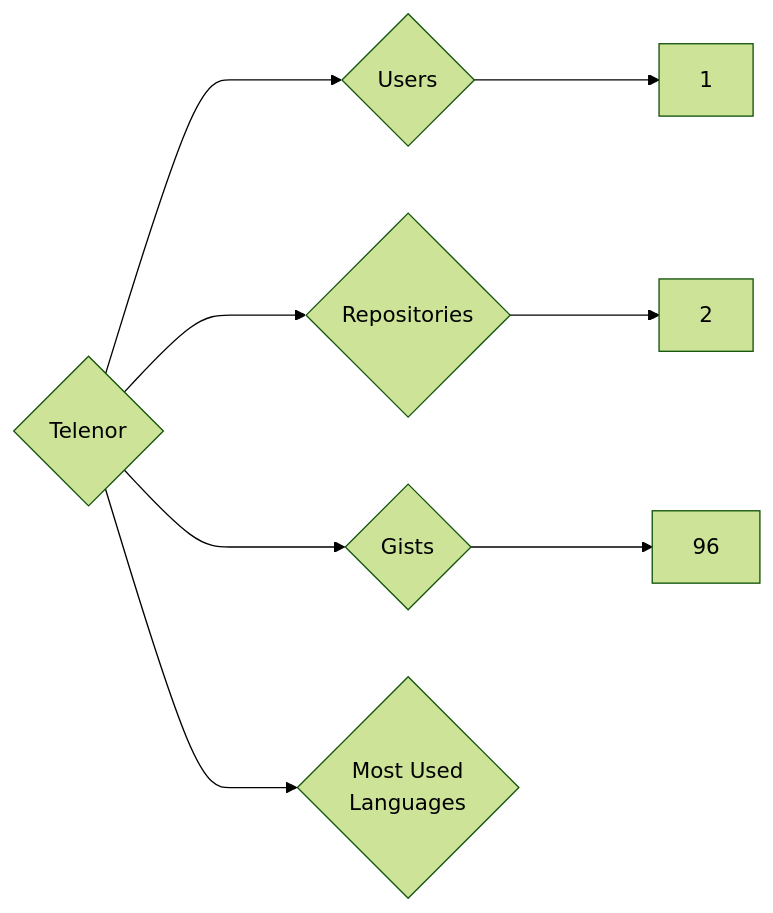
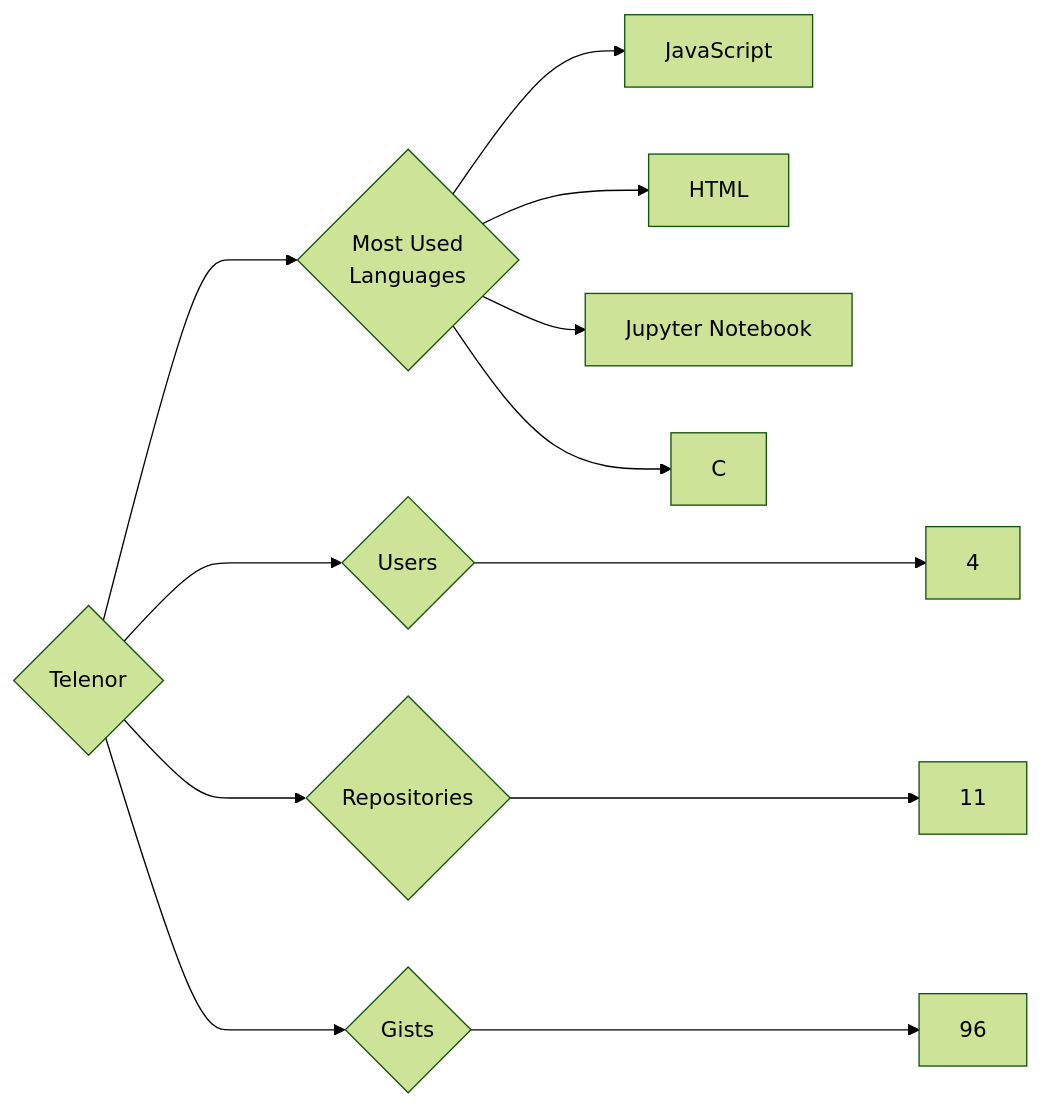
One commit to trickest/insiders changed the diagram in targets/Telenor/README.md. Above: the diagram before and after it, drawn with Mermaid (forest theme). The commit also changed 938 other files, not shown here.

````diff
--- a/targets/Telenor/README.md
+++ b/targets/Telenor/README.md
@@ -3,8 +3,12 @@
 ```mermaid
 graph LR
 COMPANY_NAME{Telenor}
-COMPANY_NAME ---> U{Users} ---> UN[1]
-COMPANY_NAME ---> R{Repositories} ---> RN[2]
+COMPANY_NAME ---> U{Users} ---> UN[4]
+COMPANY_NAME ---> R{Repositories} ---> RN[11]
 COMPANY_NAME ---> G{Gists} ---> GN[96]
 COMPANY_NAME ---> ML{Most Used<br>Languages}
+ML --> JavaScript[JavaScript]
+ML --> HTML[HTML]
+ML --> Jupyter_Notebook[Jupyter Notebook]
+ML --> C[C]
 ```
````
